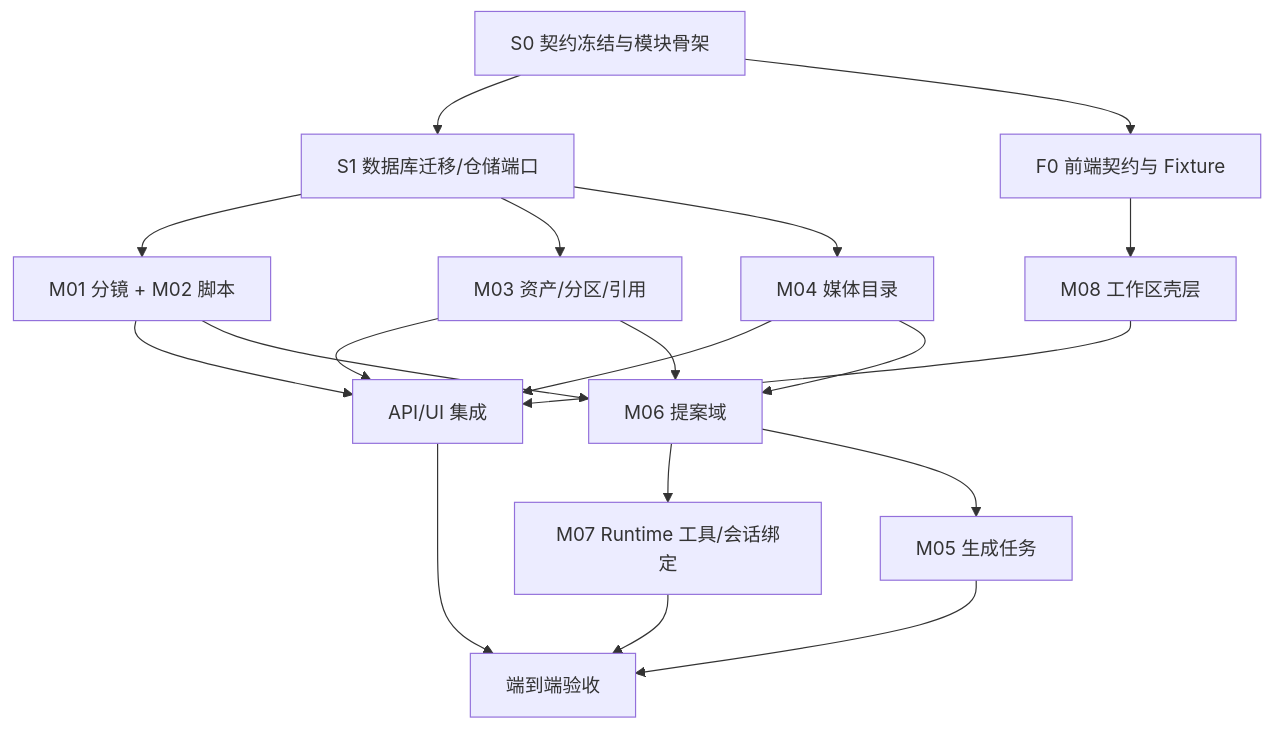
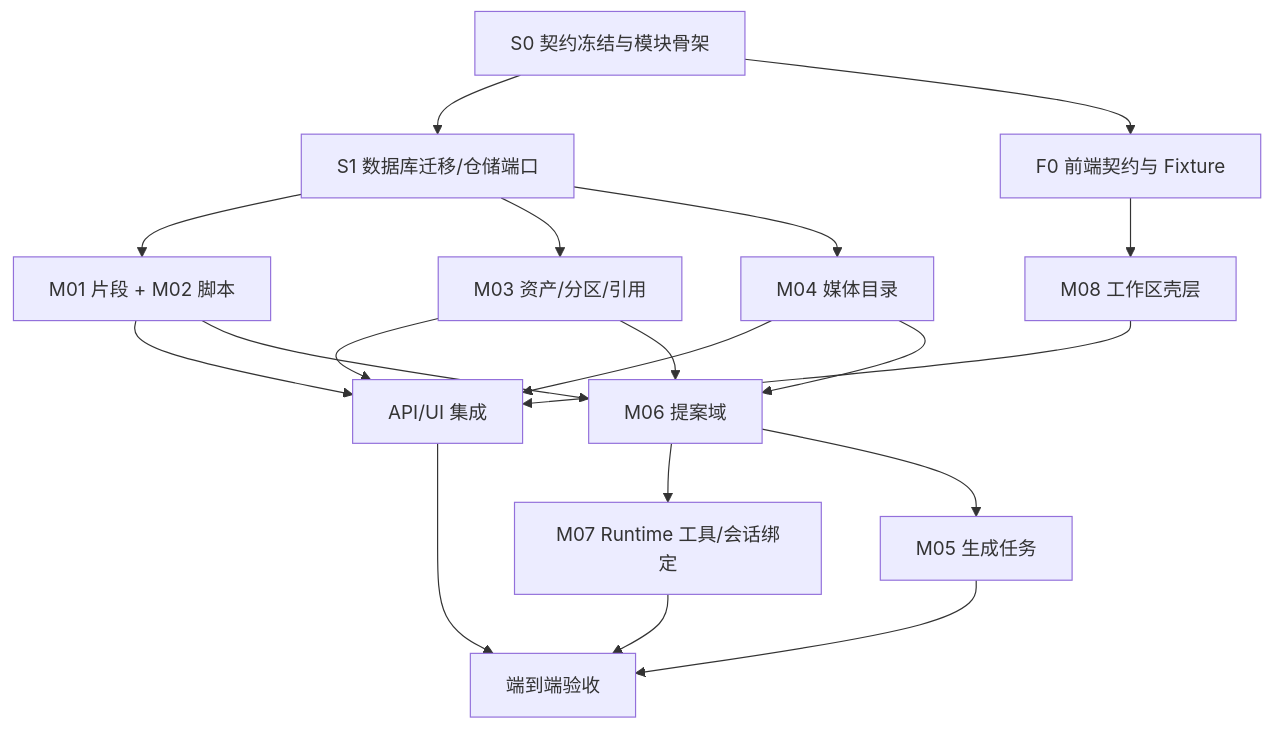
The second of 2 diagrams in docs/modules-and-agent-plan.md (StagoMax/PlayletFlow), drawn with Mermaid before and after one commit. The commit also changed other lines of this file and 8 other files, not shown here.

````diff
--- a/docs/modules-and-agent-plan.md
+++ b/docs/modules-and-agent-plan.md
@@ -251,25 +251,25 @@
 ```mermaid
 flowchart TD
     S0[S0 契约冻结与模块骨架] --> S1[S1 数据库迁移/仓储端口]
     S0 --> F0[F0 前端契约与 Fixture]
 
-    S1 --> B1[M01 分镜 + M02 脚本]
+    S1 --> B1[M01 片段 + M02 脚本]
     S1 --> B2[M03 资产/分区/引用]
     S1 --> B3[M04 媒体目录]
     F0 --> F1[M08 工作区壳层]
 
     B1 --> I1[API/UI 集成]
     B2 --> I1
     B3 --> I1
     F1 --> I1
 
     B1 --> A1[M06 提案域]
     B2 --> A1
     B3 --> A1
     A1 --> A2[M07 Runtime 工具/会话绑定]
     A1 --> G1[M05 生成任务]
 
     I1 --> E2E[端到端验收]
     A2 --> E2E
     G1 --> E2E
 ```
````
